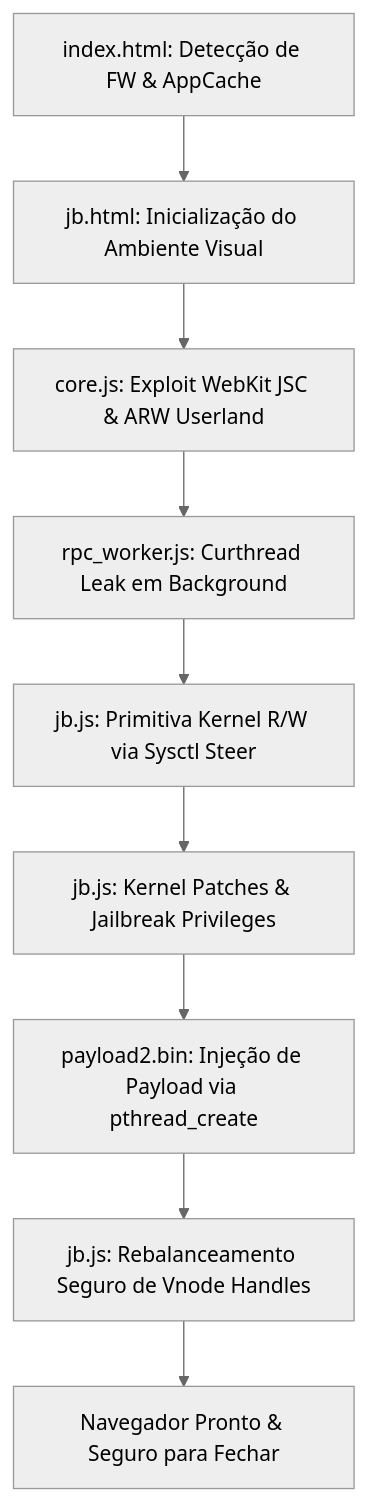
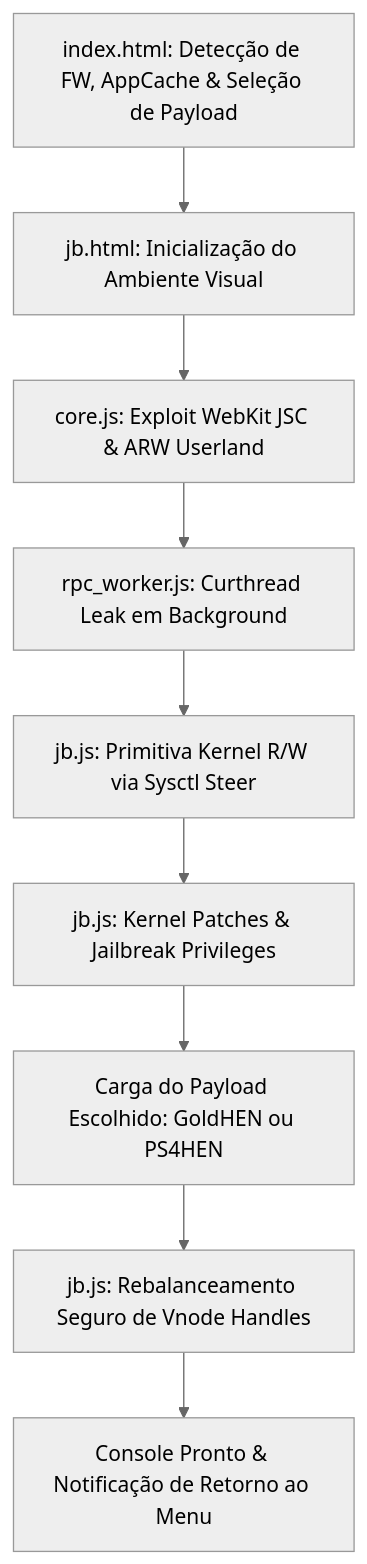
Before and after one commit to cost-12/raw13g.github.io: the diagram in README.md, drawn with Mermaid (neutral theme). The commit also changed other lines of this file and 47 other files, not shown here.

````diff
--- a/README.md
+++ b/README.md
@@ -36,11 +121,11 @@
 ```mermaid
 flowchart TD
-    A[index.html: Detecção de FW & AppCache] --> B[jb.html: Inicialização do Ambiente Visual]
+    A[index.html: Detecção de FW, AppCache & Seleção de Payload] --> B[jb.html: Inicialização do Ambiente Visual]
     B --> C[core.js: Exploit WebKit JSC & ARW Userland]
     C --> D[rpc_worker.js: Curthread Leak em Background]
     D --> E[jb.js: Primitiva Kernel R/W via Sysctl Steer]
     E --> F[jb.js: Kernel Patches & Jailbreak Privileges]
-    F --> G[payload2.bin: Injeção de Payload via pthread_create]
+    F --> G[Carga do Payload Escolhido: GoldHEN ou PS4HEN]
     G --> H[jb.js: Rebalanceamento Seguro de Vnode Handles]
-    H --> I[Navegador Pronto & Seguro para Fechar]
+    H --> I[Console Pronto & Notificação de Retorno ao Menu]
 ```
````
